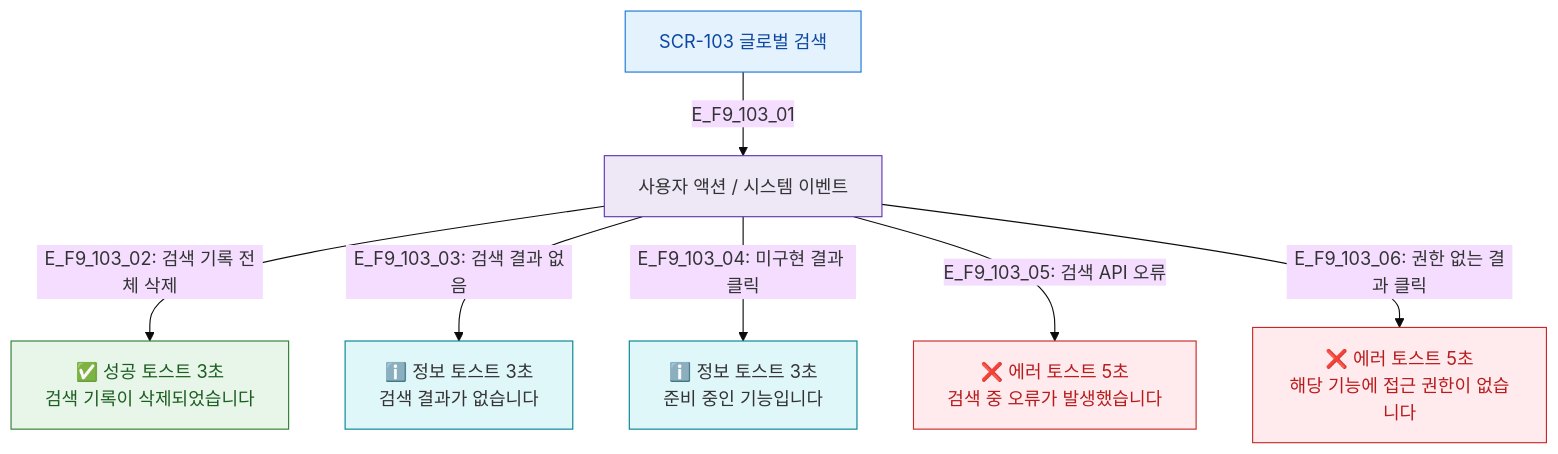
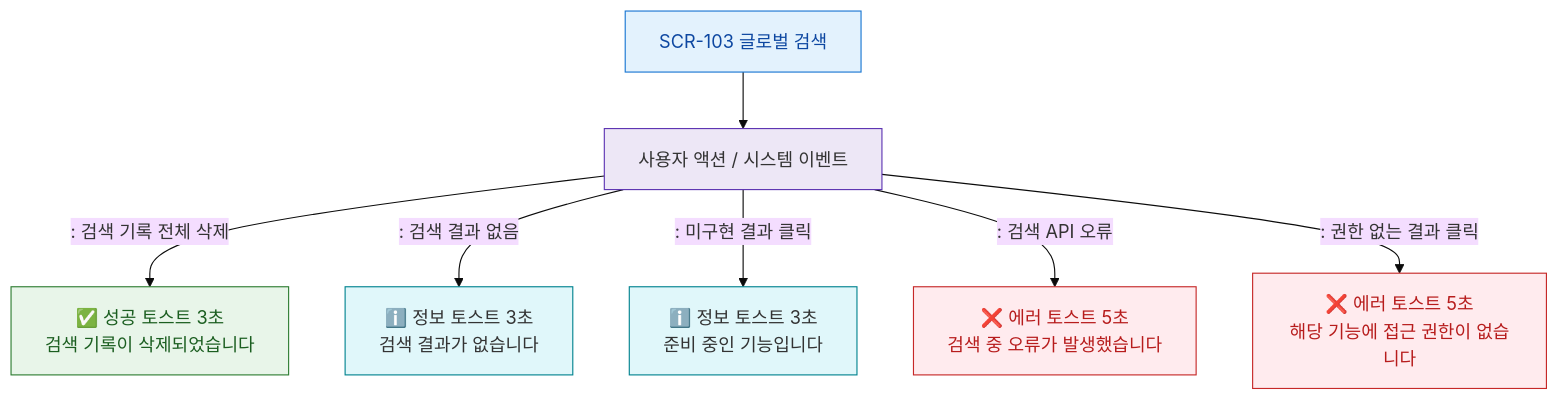
One commit to dev-spogym/admin-pando changed the diagram in docs/다이어그램/D01_공통/SCR-103_글로벌검색/F9_토스트.md. Above: the diagram before and after it, drawn with Mermaid (base theme). The commit also changed other lines of this file and 1660 other files, not shown here.

First line of the commit message:
다이어그램: 기획자/클라이언트 납품본으로 정리

````diff
--- a/docs/다이어그램/D01_공통/SCR-103_글로벌검색/F9_토스트.md
+++ b/docs/다이어그램/D01_공통/SCR-103_글로벌검색/F9_토스트.md
@@ -19,24 +17,24 @@
 ```mermaid
 flowchart TD
-    SCR_103[SCR-103 글로벌 검색] -->|E_F9_103_01| ACTIONS[사용자 액션 / 시스템 이벤트]
+    SCR_103[SCR-103 글로벌 검색] --> ACTIONS[사용자 액션 / 시스템 이벤트]
 
-    ACTIONS -->|"E_F9_103_02: 검색 기록 전체 삭제"| T_SUCCESS_1[✅ 성공 토스트 3초\n검색 기록이 삭제되었습니다]
+    ACTIONS -->|": 검색 기록 전체 삭제"|T_SUCCESS_1[✅ 성공 토스트 3초\n검색 기록이 삭제되었습니다]
 
-    ACTIONS -->|"E_F9_103_03: 검색 결과 없음"| T_INFO_1[ℹ️ 정보 토스트 3초\n검색 결과가 없습니다]
-    ACTIONS -->|"E_F9_103_04: 미구현 결과 클릭"| T_INFO_2[ℹ️ 정보 토스트 3초\n준비 중인 기능입니다]
+    ACTIONS -->|": 검색 결과 없음"|T_INFO_1[ℹ️ 정보 토스트 3초\n검색 결과가 없습니다]
+    ACTIONS -->|": 미구현 결과 클릭"|T_INFO_2[ℹ️ 정보 토스트 3초\n준비 중인 기능입니다]
 
-    ACTIONS -->|"E_F9_103_05: 검색 API 오류"| T_ERR_1[❌ 에러 토스트 5초\n검색 중 오류가 발생했습니다]
-    ACTIONS -->|"E_F9_103_06: 권한 없는 결과 클릭"| T_ERR_2[❌ 에러 토스트 5초\n해당 기능에 접근 권한이 없습니다]
+    ACTIONS -->|": 검색 API 오류"|T_ERR_1[❌ 에러 토스트 5초\n검색 중 오류가 발생했습니다]
+    ACTIONS -->|": 권한 없는 결과 클릭"|T_ERR_2[❌ 에러 토스트 5초\n해당 기능에 접근 권한이 없습니다]
 
     classDef success fill:#E8F5E9,stroke:#2E7D32,color:#1B5E20
     classDef warning fill:#FFF8E1,stroke:#F9A825,color:#F57F17
-    classDef error   fill:#FFEBEE,stroke:#C62828,color:#B71C1C
-    classDef info    fill:#E0F7FA,stroke:#00838F
-    classDef screen  fill:#E3F2FD,stroke:#1976D2,color:#0D47A1
-    classDef system  fill:#EDE7F6,stroke:#5E35B2
+    classDef error fill:#FFEBEE,stroke:#C62828,color:#B71C1C
+    classDef info fill:#E0F7FA,stroke:#00838F
+    classDef screen fill:#E3F2FD,stroke:#1976D2,color:#0D47A1
+    classDef system fill:#EDE7F6,stroke:#5E35B2
     class T_SUCCESS_1 success
     class T_ERR_1,T_ERR_2 error
     class T_INFO_1,T_INFO_2 info
     class SCR_103 screen
     class ACTIONS system
 ```
````
